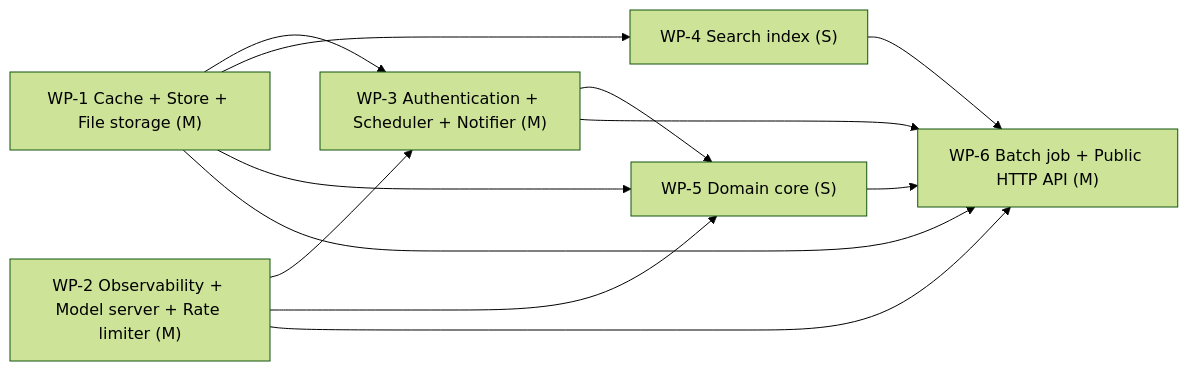
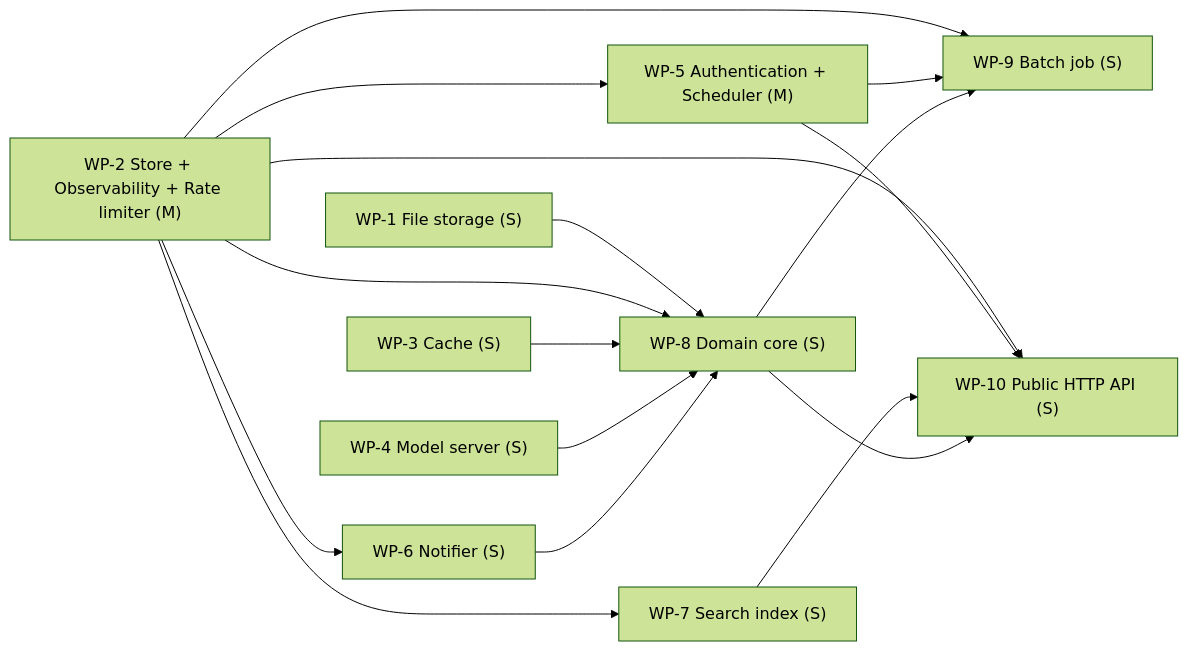
One commit to yui9696/sekkei changed the fourth of 4 diagrams in examples/eval/docsearch.DESIGN.md. Above: the diagram before and after it, drawn with Mermaid (forest theme). The commit also changed other lines of this file and 25 other files, not shown here.

````diff
--- a/examples/eval/docsearch.DESIGN.md
+++ b/examples/eval/docsearch.DESIGN.md
@@ -756,20 +780,28 @@
 ```mermaid
 graph LR
-  WP_1["WP-1 Cache + Store + File storage (M)"]
-  WP_2["WP-2 Observability + Model server + Rate limiter (M)"]
-  WP_3["WP-3 Authentication + Scheduler + Notifier (M)"]
-  WP_4["WP-4 Search index (S)"]
-  WP_5["WP-5 Domain core (S)"]
-  WP_6["WP-6 Batch job + Public HTTP API (M)"]
-  WP_1 --> WP_3
-  WP_2 --> WP_3
-  WP_1 --> WP_4
-  WP_1 --> WP_5
+  WP_1["WP-1 File storage (S)"]
+  WP_2["WP-2 Store + Observability + Rate limiter (M)"]
+  WP_3["WP-3 Cache (S)"]
+  WP_4["WP-4 Model server (S)"]
+  WP_5["WP-5 Authentication + Scheduler (M)"]
+  WP_6["WP-6 Notifier (S)"]
+  WP_7["WP-7 Search index (S)"]
+  WP_8["WP-8 Domain core (S)"]
+  WP_9["WP-9 Batch job (S)"]
+  WP_10["WP-10 Public HTTP API (S)"]
   WP_2 --> WP_5
-  WP_3 --> WP_5
-  WP_1 --> WP_6
   WP_2 --> WP_6
-  WP_3 --> WP_6
-  WP_4 --> WP_6
-  WP_5 --> WP_6
+  WP_2 --> WP_7
+  WP_1 --> WP_8
+  WP_2 --> WP_8
+  WP_3 --> WP_8
+  WP_4 --> WP_8
+  WP_6 --> WP_8
+  WP_2 --> WP_9
+  WP_5 --> WP_9
+  WP_8 --> WP_9
+  WP_2 --> WP_10
+  WP_5 --> WP_10
+  WP_7 --> WP_10
+  WP_8 --> WP_10
 ```
````
